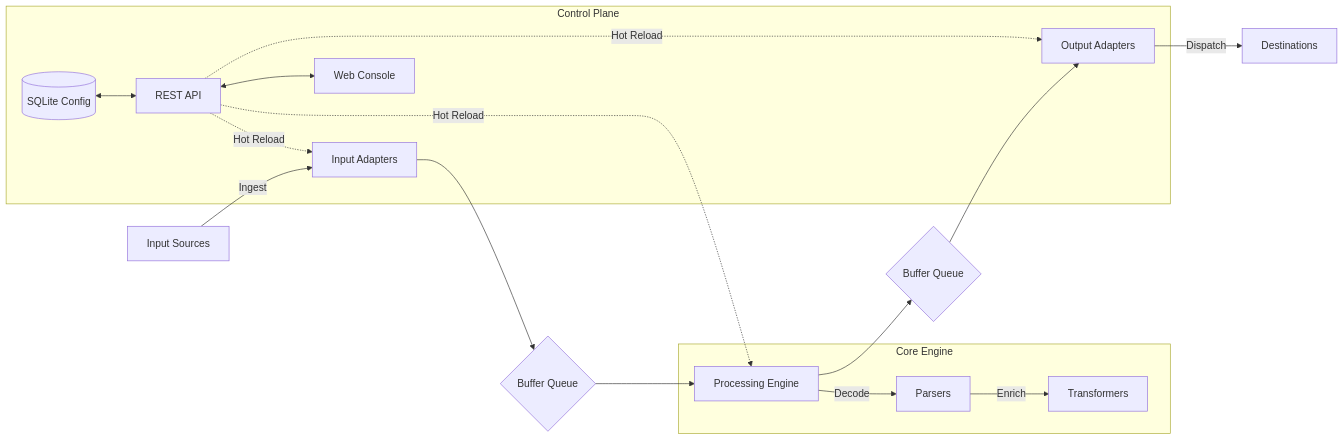
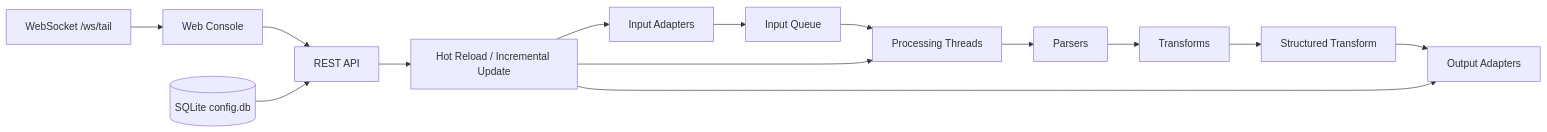
Before and after one commit to keinus/logparser: the diagram in README.md, drawn with Mermaid. The commit also changed other lines of this file and 92 other files, not shown here.

````diff
--- a/README.md
+++ b/README.md
@@ -70,23 +22,17 @@
 ```mermaid
-graph LR
-    Input[Input Sources] -->|Ingest| IA[Input Adapters]
-    IA --> Q1{Buffer Queue}
-    Q1 --> Process[Processing Engine]
-    
-    subgraph "Core Engine"
-        Process -->|Decode| P[Parsers]
-        P -->|Enrich| T[Transformers]
-    end
-    
-    Process --> Q2{Buffer Queue}
-    Q2 --> OA[Output Adapters]
-    OA -->|Dispatch| Dest[Destinations]
+flowchart LR
+    A[Input Adapters] --> B[Input Queue]
+    B --> C[Processing Threads]
+    C --> D[Parsers]
+    D --> E[Transforms]
+    E --> F[Structured Transform]
+    F --> G[Output Adapters]
 
-    subgraph "Control Plane"
-        DB[(SQLite Config)] <--> API[REST API]
-        API <--> UI[Web Console]
-        API -.->|Hot Reload| IA
-        API -.->|Hot Reload| Process
-        API -.->|Hot Reload| OA
-    end
+    UI[Web Console] --> API[REST API]
+    WS[WebSocket /ws/tail] --> UI
+    DB[(SQLite config.db)] --> API
+    API --> RELOAD[Hot Reload / Incremental Update]
+    RELOAD --> A
+    RELOAD --> C
+    RELOAD --> G
 ```
````
